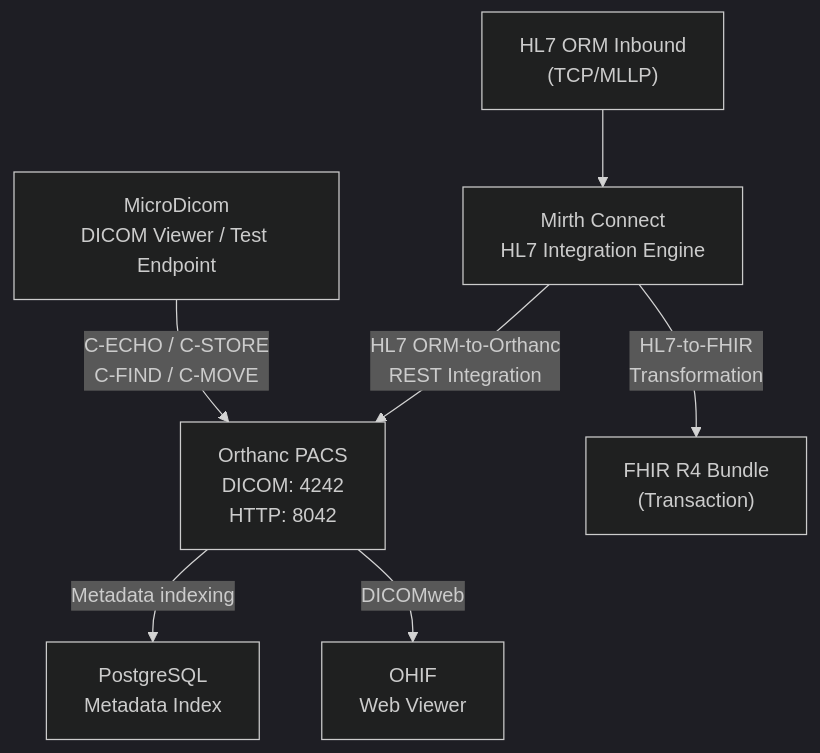
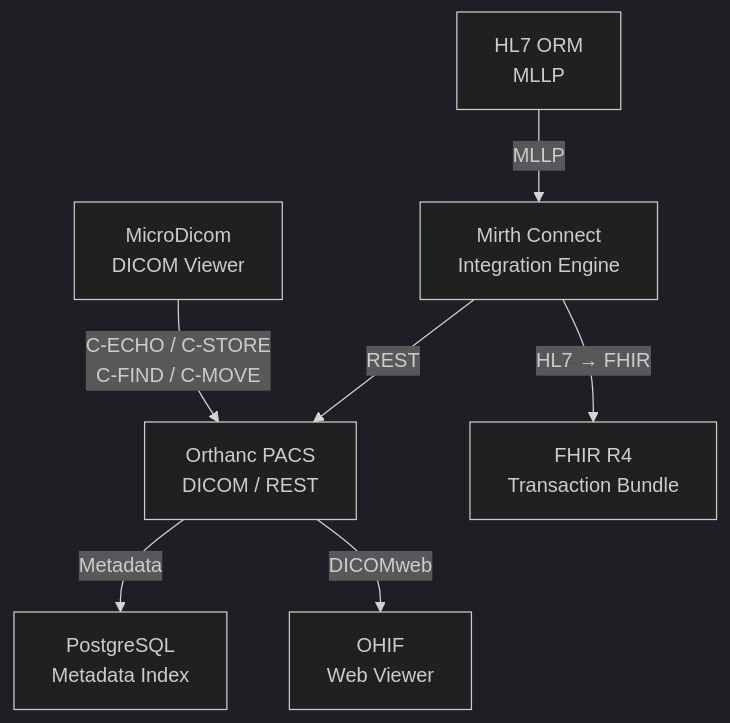
The diagram in README.md (NiceXJer/orthanc-postgres-docker-pacs), drawn with Mermaid (dark theme) before and after one commit. The commit also changed other lines of this file, not shown here.

````diff
--- a/README.md
+++ b/README.md
@@ -38,17 +20,17 @@
 ```mermaid
 flowchart TD
-    A["MicroDicom<br/>DICOM Viewer / Test Endpoint"]
-    B["Orthanc PACS<br/>DICOM: 4242<br/>HTTP: 8042"]
+    A["MicroDicom<br/>DICOM Viewer"]
+    B["Orthanc PACS<br/>DICOM / REST"]
     C["PostgreSQL<br/>Metadata Index"]
     D["OHIF<br/>Web Viewer"]
-    E["Mirth Connect<br/>HL7 Integration Engine"]
-    F["HL7 ORM Inbound<br/>(TCP/MLLP)"]
-    G["FHIR R4 Bundle<br/>(Transaction)"]
+    E["Mirth Connect<br/>Integration Engine"]
+    F["HL7 ORM<br/>MLLP"]
+    G["FHIR R4<br/>Transaction Bundle"]
 
     A -->|"C-ECHO / C-STORE<br/>C-FIND / C-MOVE"| B
-    B -->|"Metadata indexing"| C
+    B -->|"Metadata"| C
     B -->|"DICOMweb"| D
-    F --> E
-    E -->|"HL7 ORM-to-Orthanc<br/>REST Integration"| B
-    E -->|"HL7-to-FHIR<br/>Transformation"| G
+    F -->|"MLLP"| E
+    E -->|"REST"| B
+    E -->|"HL7 → FHIR"| G
 ```
````
